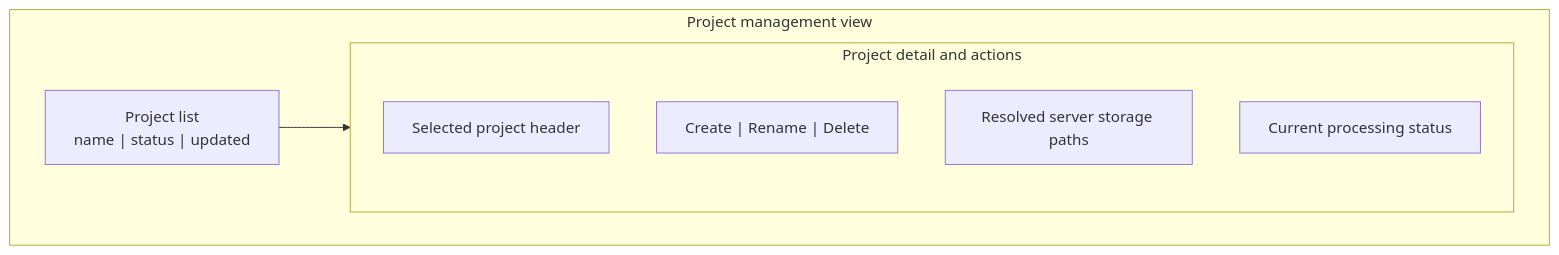
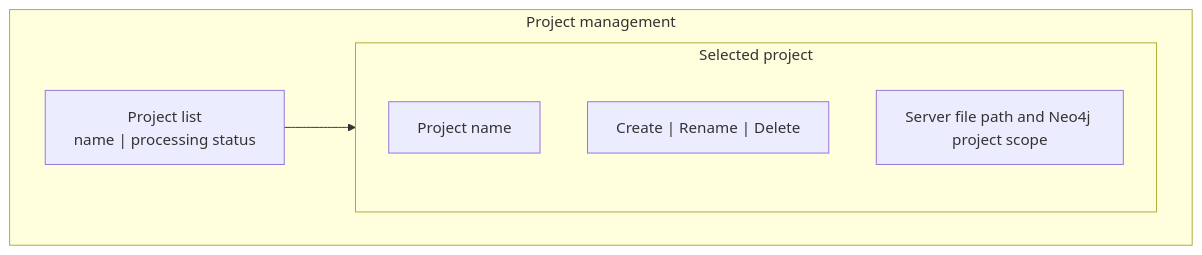
The fourth of 19 diagrams in docs/superpowers/specs/2026-08-15-docseek-detailed-prd.md (ATreep/DocSeek), drawn with Mermaid before and after one commit. The commit also changed other lines of this file and 1 other file, not shown here.

Commit message:
docs: revise DocSeek for Neo4j GraphRAG architecture

````diff
--- a/docs/superpowers/specs/2026-08-15-docseek-detailed-prd.md
+++ b/docs/superpowers/specs/2026-08-15-docseek-detailed-prd.md
@@ -167,15 +199,14 @@
 ```mermaid
 flowchart LR
-  subgraph PROJECT_MANAGER["Project management view"]
+  subgraph PROJECT_PAGE["Project management"]
     direction LR
-    PROJECT_LIST["Project list<br/>name | status | updated"]
-    subgraph PROJECT_MAIN["Project detail and actions"]
+    LIST["Project list<br/>name | processing status"]
+    subgraph DETAIL["Selected project"]
       direction TB
-      PROJECT_HEADER["Selected project header"]
-      PROJECT_ACTIONS["Create | Rename | Delete"]
-      PROJECT_STORAGE["Resolved server storage paths"]
-      PROJECT_ACTIVITY["Current processing status"]
+      NAME["Project name"]
+      ACTIONS["Create | Rename | Delete"]
+      STORAGE["Server file path and Neo4j project scope"]
     end
   end
-  PROJECT_LIST --> PROJECT_MAIN
+  LIST --> DETAIL
 ```
````
